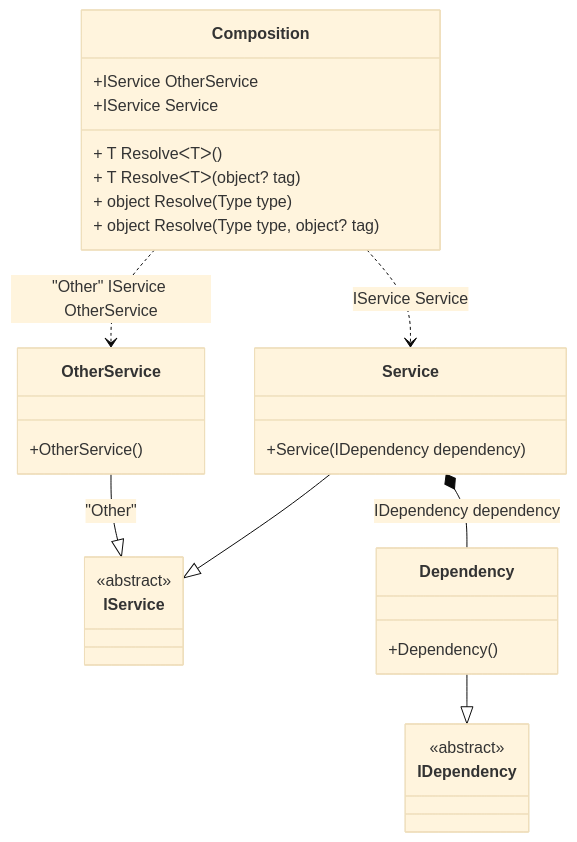
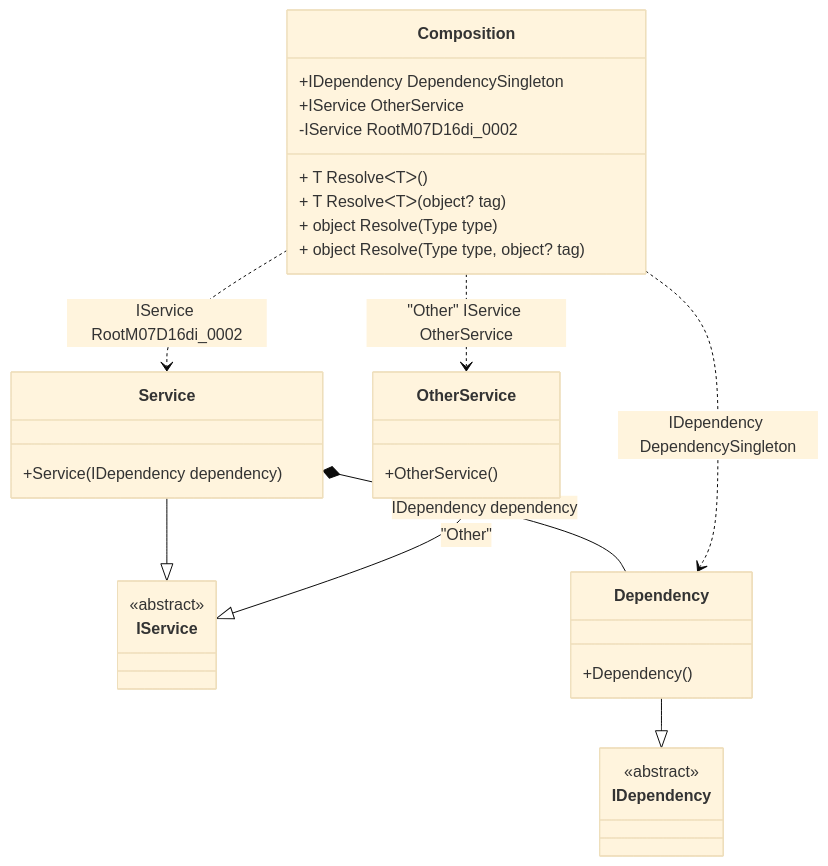
One commit to DevTeam/Pure.DI changed the diagram in readme/resolve-methods.md. Above: the diagram before and after it, drawn with Mermaid (base theme). The commit also changed other lines of this file and 51 other files, not shown here.

````diff
--- a/readme/resolve-methods.md
+++ b/readme/resolve-methods.md
@@ -40,32 +47,34 @@
 ```mermaid
 classDiagram
   class Composition {
+    +IDependency DependencySingleton
     +IService OtherService
-    +IService Service
+    -IService RootM07D16di_0002
     + T ResolveᐸTᐳ()
     + T ResolveᐸTᐳ(object? tag)
     + object Resolve(Type type)
     + object Resolve(Type type, object? tag)
   }
   Service --|> IService : 
   class Service {
     +Service(IDependency dependency)
   }
   Dependency --|> IDependency : 
   class Dependency {
     +Dependency()
   }
   OtherService --|> IService : "Other" 
   class OtherService {
     +OtherService()
   }
   class IService {
     <<abstract>>
   }
   class IDependency {
     <<abstract>>
   }
   Service *--  Dependency : IDependency dependency
-  Composition ..> Service : IService Service
+  Composition ..> Dependency : IDependency DependencySingleton
+  Composition ..> Service : IService RootM07D16di_0002
   Composition ..> OtherService : "Other" IService OtherService
 ```
````
